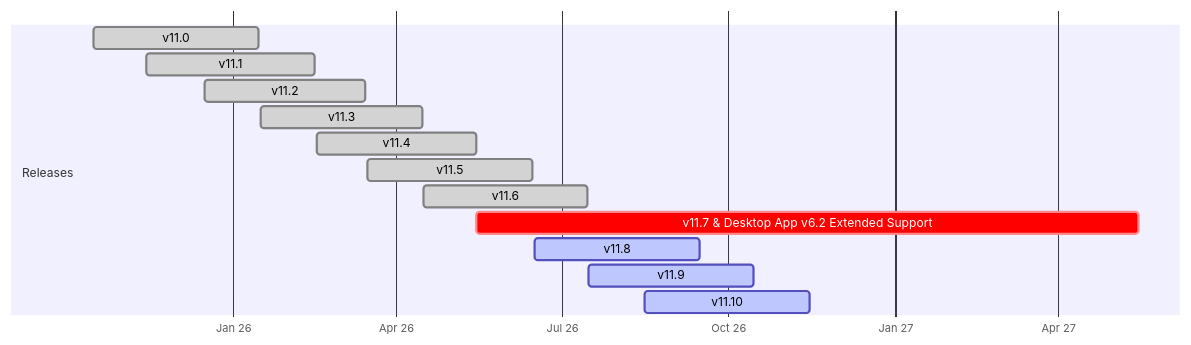
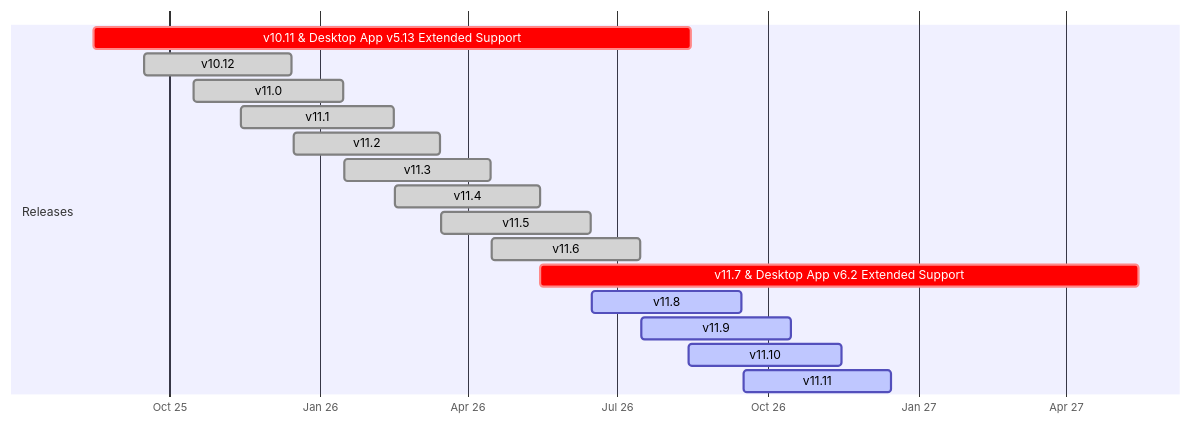
Before and after one commit to mattermost/docs: the diagram in source/product-overview/release-policy.md, drawn with Mermaid. The commit also changed other lines of this file, not shown here.

````diff
--- a/source/product-overview/release-policy.md
+++ b/source/product-overview/release-policy.md
@@ -44,19 +44,22 @@
 ```{mermaid}
 
 gantt
     dateFormat  YYYY-MM-DD
     axisFormat  %b %y
 
     section Releases
+    v10.11 & Desktop App v5.13 Extended Support :crit,    2025-08-16, 2026-08-15
+    v10.12                 :done, 2025-09-16, 2025-12-15
     v11.0                  :done, 2025-10-16, 2026-01-15
     v11.1                  :done, 2025-11-14, 2026-02-15
     v11.2                  :done, 2025-12-16, 2026-03-15
     v11.3                  :done, 2026-01-16, 2026-04-15
     v11.4                  :done, 2026-02-16, 2026-05-15
     v11.5                  :done, 2026-03-16, 2026-06-15
     v11.6                  :done, 2026-04-16, 2026-07-15
     v11.7 & Desktop App v6.2 Extended Support :crit,    2026-05-15, 2027-05-15
     v11.8                  :active, 2026-06-16, 2026-09-15
     v11.9                  :active, 2026-07-16, 2026-10-15
-    v11.10                 :active, 2026-08-16, 2026-11-15
+    v11.10                 :active, 2026-08-14, 2026-11-15
+    v11.11                 :active, 2026-09-16, 2026-12-15
 ```
````
